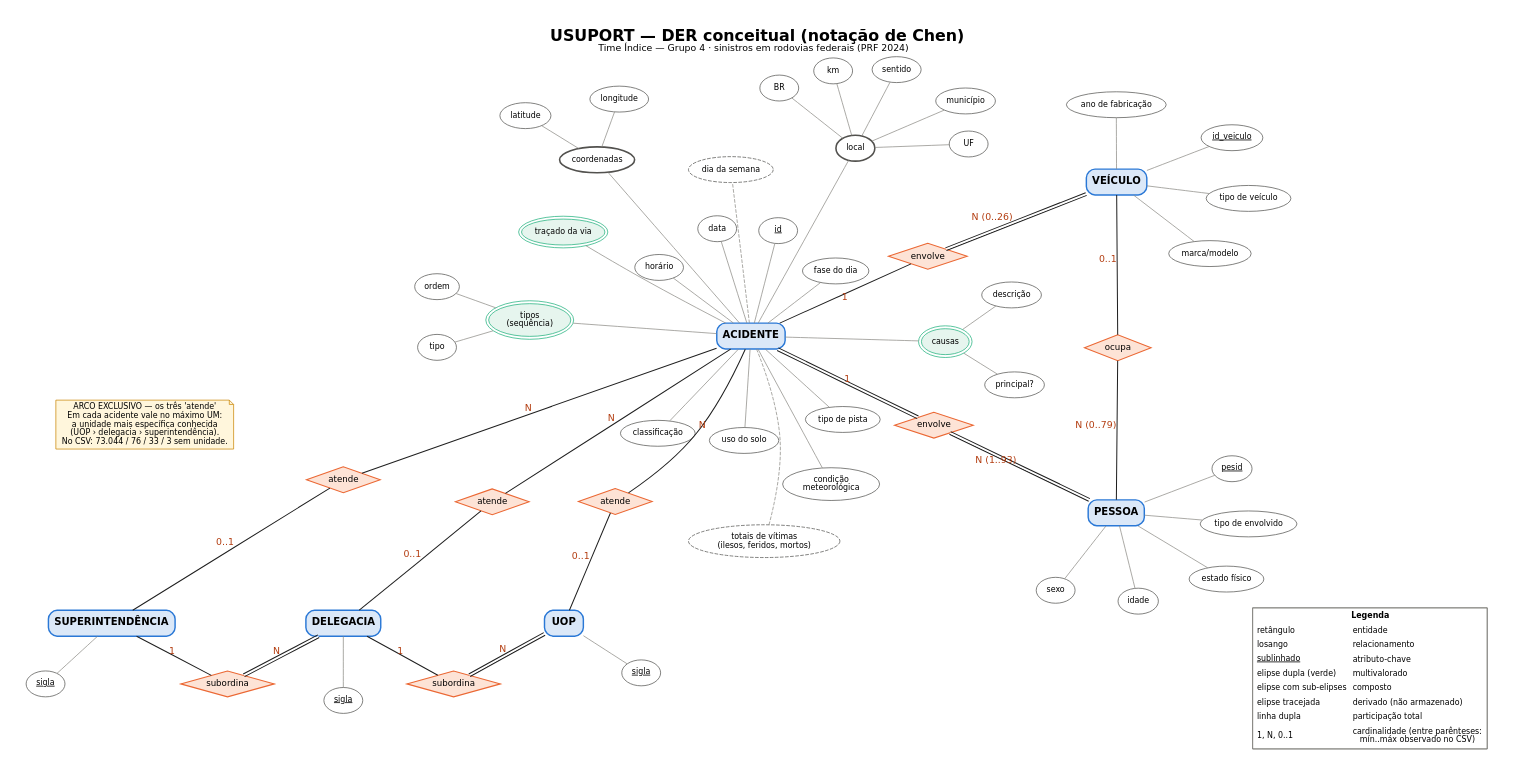
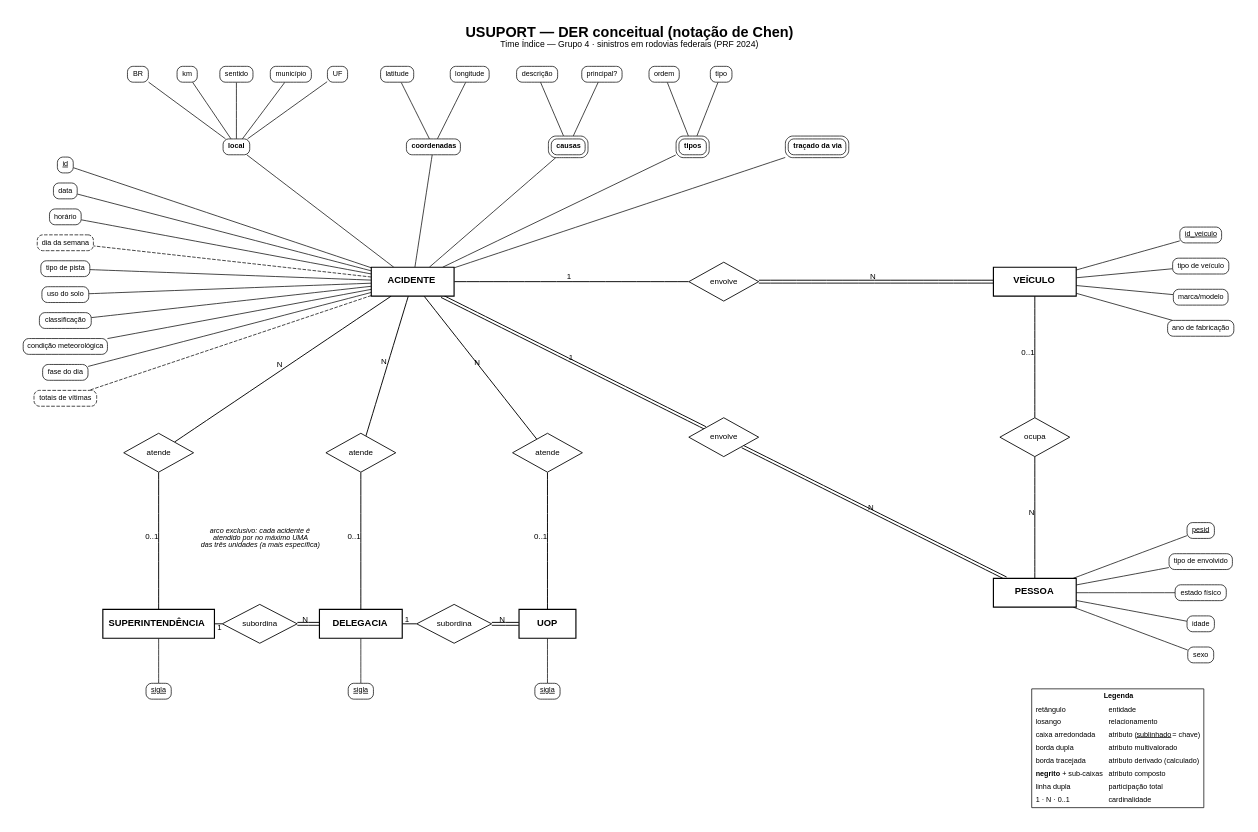
Before and after one commit to ArthurCarv11/A3-Banco-de-dados: the diagram in docs/der_conceitual.dot, drawn with Graphviz. The commit also changed 11 other files, not shown here.

Commit message:
Organizei  o README, refiz  o DER conceitual e incluí  o CSV compactado

```diff
--- a/docs/der_conceitual.dot
+++ b/docs/der_conceitual.dot
@@ -1,142 +1,146 @@
 /*
   UNIFACS — Projeto Integrador de Banco de Dados — A3
   Time Índice — Grupo 4 | Cenário: USUPORT
-  DER conceitual em notação de Chen (Graphviz, motor neato).
+  DER conceitual em notação de Chen (Graphviz, motor neato, posições fixas).
   Renderizar:  neato -Tpng -Gdpi=200 der_conceitual.dot -o der_conceitual.png
   (ou: python scripts/gerar_diagramas.py)
-  Coordenadas em polegadas; "!" fixa a posição. Atributos simples sem "!"
-  são acomodados pelo neato perto da entidade dona.
+
+  Convenções (estilo preto e branco):
+    retângulo            = entidade
+    losango              = relacionamento
+    caixa arredondada    = atributo   (sublinhado = chave)
+    borda dupla          = atributo multivalorado
+    borda tracejada      = atributo derivado (não armazenado)
+    caixa com sub-caixas = atributo composto
+    linha dupla          = participação total
 */
 graph DER_conceitual {
-  graph [layout=neato, overlap=false, splines=true, sep="+10", esep="+4",
-         forcelabels=true, fontname="DejaVu Sans", fontsize=22, labelloc=t, pad=0.4,
-         label=<<B>USUPORT — DER conceitual (notação de Chen)</B><BR/><FONT POINT-SIZE="13">Time Índice — Grupo 4 · sinistros em rodovias federais (PRF 2024)</FONT>>];
-  node  [fontname="DejaVu Sans", fontsize=12];
-  edge  [fontname="DejaVu Sans", fontsize=13, fontcolor="#b23b0e", len=1.3];
+  graph [layout=neato, splines=line, overlap=true, outputorder=edgesfirst, pad=0.35,
+         fontname="Arial", fontsize=20, labelloc=t,
+         label=<<B>USUPORT — DER conceitual (notação de Chen)</B><BR/><FONT POINT-SIZE="12">Time Índice — Grupo 4 · sinistros em rodovias federais (PRF 2024)</FONT><BR/> >];
+  node  [fontname="Arial", fontsize=11, color="black", penwidth=1.1, style=filled, fillcolor="white"];
+  edge  [color="black", penwidth=1.0, fontname="Arial", fontsize=11];
 
-  /* ================= Entidades ================= */
-  node [shape=box, style="filled,rounded", fillcolor="#dbe8f8", color="#2a78d6", penwidth=2, fontsize=14];
+  /* ===================== ENTIDADES ===================== */
+  node [shape=box, fontsize=13, penwidth=1.6, width=1.6, height=0.55];
   ACIDENTE [label=<<B>ACIDENTE</B>>,          pos="0,0!"];
-  VEICULO  [label=<<B>VEÍCULO</B>>,           pos="6.6,2.8!"];
-  PESSOA   [label=<<B>PESSOA</B>>,            pos="6.6,-3.2!"];
-  UOP      [label=<<B>UOP</B>>,               pos="-3.4,-5.2!"];
-  DELEG    [label=<<B>DELEGACIA</B>>,         pos="-7.4,-5.2!"];
-  SUPER    [label=<<B>SUPERINTENDÊNCIA</B>>,  pos="-11.6,-5.2!"];
+  VEICULO  [label=<<B>VEÍCULO</B>>,           pos="12,0!"];
+  PESSOA   [label=<<B>PESSOA</B>>,            pos="12,-6!"];
+  UOP      [label=<<B>UOP</B>>,               pos="2.6,-6.6!",  width=1.1];
+  DELEG    [label=<<B>DELEGACIA</B>>,         pos="-1,-6.6!"];
+  SUPER    [label=<<B>SUPERINTENDÊNCIA</B>>,  pos="-4.9,-6.6!", width=2.1];
 
-  /* ================= Relacionamentos ================= */
-  node [shape=diamond, style=filled, fillcolor="#fde3d6", color="#eb6834", penwidth=1.5, fontsize=12];
-  r_env_v  [label="envolve",   pos="3.3,1.4!"];
-  r_env_p  [label="envolve",   pos="3.3,-1.6!"];
-  r_ocupa  [label="ocupa",     pos="6.6,-0.2!"];
-  r_at_u   [label="atende",    pos="-2.4,-3.0!"];
-  r_at_d   [label="atende",    pos="-4.7,-3.0!"];
-  r_at_s   [label="atende",    pos="-7.4,-2.6!"];
-  r_sub_ud [label="subordina", pos="-5.4,-6.3!"];
-  r_sub_ds [label="subordina", pos="-9.5,-6.3!"];
+  /* ===================== RELACIONAMENTOS ===================== */
+  node [shape=diamond, fontsize=11, penwidth=1.2, width=1.35, height=0.75];
+  r_env_v  [label="envolve",   pos="6,0!"];
+  r_env_p  [label="envolve",   pos="6,-3!"];
+  r_ocupa  [label="ocupa",     pos="12,-3!"];
+  r_at_u   [label="atende",    pos="2.6,-3.3!"];
+  r_at_d   [label="atende",    pos="-1,-3.3!"];
+  r_at_s   [label="atende",    pos="-4.9,-3.3!"];
+  r_sub_ud [label="subordina", pos="0.8,-6.6!", width=1.45];
+  r_sub_ds [label="subordina", pos="-2.95,-6.6!", width=1.45];
 
-  /* ================= Atributos ================= */
-  node [shape=ellipse, style=filled, fillcolor="white", color="#52514e", penwidth=1, fontsize=11];
+  /* ===================== ATRIBUTOS ===================== */
+  node [shape=box, style="rounded,filled", fontsize=10, penwidth=1.0, width=0, height=0.3, margin="0.10,0.03"];
 
-  /* ACIDENTE — simples (posição inicial; o neato ajusta) */
-  a_id    [label=<<U>id</U>>,          pos="0.5,1.9!"];
-  a_data  [label="data",               pos="-0.7,1.9!"];
-  a_hora  [label="horário",            pos="-1.6,1.3!"];
-  a_fase  [label="fase do dia",        pos="1.5,1.2!"];
-  a_pista [label="tipo de pista",      pos="1.7,-1.5!"];
-  a_solo  [label="uso do solo",        pos="-0.2,-1.9!"];
-  a_class [label="classificação",      pos="-1.4,-1.8!"];
-  a_cond  [label="condição\nmeteorológica", pos="1.2,-2.6!"];
-  /* derivados (tracejados): NÃO são armazenados */
-  a_dia   [label="dia da semana",      style="filled,dashed", pos="-0.4,3.0!"];
-  a_vit   [label="totais de vítimas\n(ilesos, feridos, mortos)", style="filled,dashed", pos="0.2,-3.7!"];
+  /* ACIDENTE — coluna da esquerda: simples e derivados */
+  a_id    [label=<<U>id</U>>,              pos="-6.7,2.25!"];
+  a_data  [label="data",                   pos="-6.7,1.75!"];
+  a_hora  [label="horário",                pos="-6.7,1.25!"];
+  a_dia   [label="dia da semana",          pos="-6.7,0.75!",  style="rounded,dashed,filled"];
+  a_pista [label="tipo de pista",          pos="-6.7,0.25!"];
+  a_solo  [label="uso do solo",            pos="-6.7,-0.25!"];
+  a_class [label="classificação",          pos="-6.7,-0.75!"];
+  a_cond  [label="condição meteorológica", pos="-6.7,-1.25!"];
+  a_fase  [label="fase do dia",            pos="-6.7,-1.75!"];
+  a_vit   [label="totais de vítimas",      pos="-6.7,-2.25!", style="rounded,dashed,filled"];
 
-  /* atributo COMPOSTO: local */
-  a_local [label="local", penwidth=2.2, pos="1.9,3.4!"];
-  a_br    [label="BR",        pos="0.5,4.5!"];
-  a_km    [label="km",        pos="1.5,4.8!"];
-  a_sent  [label="sentido",   pos="2.7,4.8!"];
-  a_mun   [label="município", pos="3.8,4.3!"];
-  a_uf    [label="UF",        pos="3.9,3.5!"];
-  /* atributo COMPOSTO: coordenadas */
-  a_coord [label="coordenadas", penwidth=2.2, pos="-2.8,3.2!"];
-  a_lat   [label="latitude",  pos="-4.1,4.0!"];
-  a_lon   [label="longitude", pos="-2.4,4.3!"];
+  /* ACIDENTE — linha de cima: compostos e multivalorados */
+  a_local [label=<<B>local</B>>,           pos="-3.4,2.6!"];
+  a_br    [label="BR",                     pos="-5.3,4.0!"];
+  a_km    [label="km",                     pos="-4.35,4.0!"];
+  a_sent  [label="sentido",                pos="-3.4,4.0!"];
+  a_mun   [label="município",              pos="-2.35,4.0!"];
+  a_uf    [label="UF",                     pos="-1.45,4.0!"];
 
-  /* atributos MULTIVALORADOS (elipse dupla) */
-  node [peripheries=2, fillcolor="#e6f5ee", color="#1baf7a"];
-  a_causas  [label="causas",             pos="3.5,-0.1!"];
-  a_tracado [label="traçado da via",     pos="-3.4,1.9!"];
-  a_tipos   [label="tipos\n(sequência)", pos="-4.0,0.3!"];
-  node [peripheries=1, fillcolor="white", color="#52514e"];
-  a_c_desc  [label="descrição",          pos="4.6,0.8!"];
-  a_c_princ [label="principal?",         pos="4.7,-0.9!"];
-  a_t_ord   [label="ordem",              pos="-5.7,0.9!"];
-  a_t_tipo  [label="tipo",               pos="-5.7,-0.2!"];
+  a_coord [label=<<B>coordenadas</B>>,     pos="0.4,2.6!"];
+  a_lat   [label="latitude",               pos="-0.3,4.0!"];
+  a_lon   [label="longitude",              pos="1.1,4.0!"];
 
-  /* PESSOA */
-  p_id    [label=<<U>pesid</U>>,      pos="8.7,-2.4!"];
-  p_env   [label="tipo de envolvido", pos="9.0,-3.4!"];
-  p_est   [label="estado físico",     pos="8.6,-4.4!"];
-  p_idade [label="idade",             pos="7.0,-4.8!"];
-  p_sexo  [label="sexo",              pos="5.5,-4.6!"];
+  a_causa [label=<<B>causas</B>>,          pos="3.0,2.6!", peripheries=2];
+  a_c_des [label="descrição",              pos="2.4,4.0!"];
+  a_c_pri [label="principal?",             pos="3.65,4.0!"];
 
-  /* VEÍCULO */
-  v_id    [label=<<U>id_veiculo</U>>,  pos="8.7,3.6!"];
-  v_tipo  [label="tipo de veículo",    pos="9.0,2.5!"];
-  v_marca [label="marca/modelo",       pos="8.3,1.5!"];
-  v_ano   [label="ano de fabricação",  pos="6.6,4.2!"];
+  a_tipos [label=<<B>tipos</B>>,           pos="5.4,2.6!", peripheries=2];
+  a_t_ord [label="ordem",                  pos="4.85,4.0!"];
+  a_t_tip [label="tipo",                   pos="5.95,4.0!"];
 
-  /* Unidades da PRF */
-  u_sigla [label=<<U>sigla</U>>, pos="-2.0,-6.1!"];
-  d_sigla [label=<<U>sigla</U>>, pos="-7.4,-6.6!"];
-  s_sigla [label=<<U>sigla</U>>, pos="-12.8,-6.3!"];
+  a_trac  [label=<<B>traçado da via</B>>,  pos="7.8,2.6!", peripheries=2];
 
-  /* ================= Entidade — atributo ================= */
-  edge [color="#8a8984", penwidth=1];
-  ACIDENTE -- {a_id a_data a_hora a_pista a_solo a_class a_cond a_fase a_local a_coord a_causas a_tipos a_tracado};
+  /* VEÍCULO — coluna da direita */
+  v_id    [label=<<U>id_veiculo</U>>,      pos="15.2,0.9!"];
+  v_tipo  [label="tipo de veículo",        pos="15.2,0.3!"];
+  v_marca [label="marca/modelo",           pos="15.2,-0.3!"];
+  v_ano   [label="ano de fabricação",      pos="15.2,-0.9!"];
+
+  /* PESSOA — coluna da direita */
+  p_id    [label=<<U>pesid</U>>,           pos="15.2,-4.8!"];
+  p_env   [label="tipo de envolvido",      pos="15.2,-5.4!"];
+  p_est   [label="estado físico",          pos="15.2,-6.0!"];
+  p_idade [label="idade",                  pos="15.2,-6.6!"];
+  p_sexo  [label="sexo",                   pos="15.2,-7.2!"];
+
+  /* Unidades da PRF — sigla embaixo de cada uma */
+  u_sigla [label=<<U>sigla</U>>,           pos="2.6,-7.9!"];
+  d_sigla [label=<<U>sigla</U>>,           pos="-1,-7.9!"];
+  s_sigla [label=<<U>sigla</U>>,           pos="-4.9,-7.9!"];
+
+  /* ===================== ENTIDADE — ATRIBUTO ===================== */
+  ACIDENTE -- {a_id a_data a_hora a_pista a_solo a_class a_cond a_fase};
   ACIDENTE -- {a_dia a_vit} [style=dashed];
+  ACIDENTE -- {a_local a_coord a_causa a_tipos a_trac};
   a_local  -- {a_br a_km a_sent a_mun a_uf};
   a_coord  -- {a_lat a_lon};
-  a_causas -- {a_c_desc a_c_princ};
-  a_tipos  -- {a_t_ord a_t_tipo};
+  a_causa  -- {a_c_des a_c_pri};
+  a_tipos  -- {a_t_ord a_t_tip};
+  VEICULO  -- {v_id v_tipo v_marca v_ano};
   PESSOA   -- {p_id p_env p_est p_idade p_sexo};
-  VEICULO  -- {v_id v_tipo v_marca v_ano};
   UOP -- u_sigla;  DELEG -- d_sigla;  SUPER -- s_sigla;
 
-  /* ================= Relacionamentos e cardinalidades =================
-     linha dupla = participação total (obrigatória)                      */
-  edge [color="#1f1f1f", penwidth=1.4];
-  ACIDENTE -- r_env_p  [xlabel="1",          color="#1f1f1f:white:#1f1f1f"];
-  r_env_p  -- PESSOA   [xlabel="N (1..93)",  color="#1f1f1f:white:#1f1f1f"];
+  /* ===================== RELACIONAMENTOS + CARDINALIDADES ===================== */
+  edge [penwidth=1.3];
   ACIDENTE -- r_env_v  [xlabel="1"];
-  r_env_v  -- VEICULO  [xlabel="N (0..26)",  color="#1f1f1f:white:#1f1f1f"];
+  r_env_v  -- VEICULO  [xlabel="N", color="black:white:black"];
+  ACIDENTE -- r_env_p  [xlabel="1", color="black:white:black"];
+  r_env_p  -- PESSOA   [xlabel="N", color="black:white:black"];
   VEICULO  -- r_ocupa  [xlabel="0..1"];
-  r_ocupa  -- PESSOA   [xlabel="N (0..79)"];
-  UOP      -- r_at_u   [xlabel="0..1"];
-  r_at_u   -- ACIDENTE [xlabel="N"];
-  DELEG    -- r_at_d   [xlabel="0..1"];
-  r_at_d   -- ACIDENTE [xlabel="N"];
-  SUPER    -- r_at_s   [xlabel="0..1"];
-  r_at_s   -- ACIDENTE [xlabel="N"];
+  r_ocupa  -- PESSOA   [xlabel="N"];
+  ACIDENTE -- r_at_u   [xlabel="N"];
+  r_at_u   -- UOP      [xlabel="0..1"];
+  ACIDENTE -- r_at_d   [xlabel="N"];
+  r_at_d   -- DELEG    [xlabel="0..1"];
+  ACIDENTE -- r_at_s   [xlabel="N"];
+  r_at_s   -- SUPER    [xlabel="0..1"];
   DELEG    -- r_sub_ud [xlabel="1"];
-  r_sub_ud -- UOP      [xlabel="N", color="#1f1f1f:white:#1f1f1f"];
+  r_sub_ud -- UOP      [xlabel="N", color="black:white:black"];
   SUPER    -- r_sub_ds [xlabel="1"];
-  r_sub_ds -- DELEG    [xlabel="N", color="#1f1f1f:white:#1f1f1f"];
+  r_sub_ds -- DELEG    [xlabel="N", color="black:white:black"];
 
-  /* ================= Notas ================= */
-  nota_arco [shape=note, style=filled, fillcolor="#fff6dc", color="#c98500", fontsize=11, pos="-11.0,-1.6!",
-             label="ARCO EXCLUSIVO — os três 'atende'\nEm cada acidente vale no máximo UM:\na unidade mais específica conhecida\n(UOP › delegacia › superintendência).\nNo CSV: 73.044 / 76 / 33 / 3 sem unidade."];
+  /* ===================== NOTAS ===================== */
+  nota_arco [shape=plain, fontsize=10, pos="-2.95,-4.95!",
+             label=<<I>arco exclusivo: cada acidente é<BR/>atendido por no máximo UMA<BR/>das três unidades (a mais específica)</I>>];
 
-  legenda [shape=plain, fontsize=11, pos="11.2,-6.2!", label=<
-    <TABLE BORDER="1" CELLBORDER="0" CELLSPACING="2" CELLPADDING="3" COLOR="#8a8984">
+  legenda [shape=plain, fontsize=10, pos="13.6,-9.0!", label=<
+    <TABLE BORDER="1" CELLBORDER="0" CELLSPACING="1" CELLPADDING="3">
       <TR><TD COLSPAN="2"><B>Legenda</B></TD></TR>
       <TR><TD ALIGN="LEFT">retângulo</TD><TD ALIGN="LEFT">entidade</TD></TR>
       <TR><TD ALIGN="LEFT">losango</TD><TD ALIGN="LEFT">relacionamento</TD></TR>
-      <TR><TD ALIGN="LEFT"><U>sublinhado</U></TD><TD ALIGN="LEFT">atributo-chave</TD></TR>
-      <TR><TD ALIGN="LEFT">elipse dupla (verde)</TD><TD ALIGN="LEFT">multivalorado</TD></TR>
-      <TR><TD ALIGN="LEFT">elipse com sub-elipses</TD><TD ALIGN="LEFT">composto</TD></TR>
-      <TR><TD ALIGN="LEFT">elipse tracejada</TD><TD ALIGN="LEFT">derivado (não armazenado)</TD></TR>
+      <TR><TD ALIGN="LEFT">caixa arredondada</TD><TD ALIGN="LEFT">atributo (<U>sublinhado</U>&nbsp;= chave)</TD></TR>
+      <TR><TD ALIGN="LEFT">borda dupla</TD><TD ALIGN="LEFT">atributo multivalorado</TD></TR>
+      <TR><TD ALIGN="LEFT">borda tracejada</TD><TD ALIGN="LEFT">atributo derivado (calculado)</TD></TR>
+      <TR><TD ALIGN="LEFT"><B>negrito</B>&nbsp;+ sub-caixas</TD><TD ALIGN="LEFT">atributo composto</TD></TR>
       <TR><TD ALIGN="LEFT">linha dupla</TD><TD ALIGN="LEFT">participação total</TD></TR>
-      <TR><TD ALIGN="LEFT">1, N, 0..1</TD><TD ALIGN="LEFT">cardinalidade (entre parênteses:<BR ALIGN="LEFT"/>mín..máx observado no CSV)</TD></TR>
+      <TR><TD ALIGN="LEFT">1 · N · 0..1</TD><TD ALIGN="LEFT">cardinalidade</TD></TR>
     </TABLE>>];
 }
```
